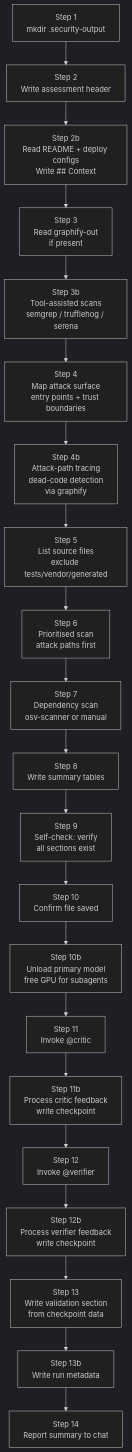
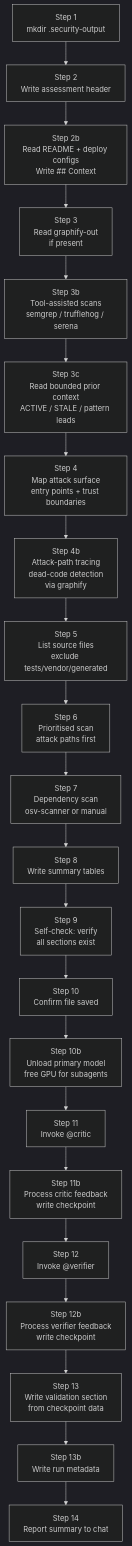
One commit to dominikmi/laser changed the fifth of 8 diagrams in README.md. Above: the diagram before and after it, drawn with Mermaid. The commit also changed other lines of this file, not shown here.

First line of the commit message:
Document persistent knowledge architecture (#6)

````diff
--- a/README.md
+++ b/README.md
@@ -367,24 +398,25 @@
 ```mermaid
 %%{init: {"theme": "dark"}}%%
 flowchart TD
     S1["Step 1<br/>mkdir .security-output"] --> S2["Step 2<br/>Write assessment header"]
     S2 --> S2b["Step 2b<br/>Read README + deploy configs<br/>Write ## Context"]
     S2b --> S3["Step 3<br/>Read graphify-out<br/>if present"]
     S3 --> S3b["Step 3b<br/>Tool-assisted scans<br/>semgrep / trufflehog / serena"]
-    S3b --> S4["Step 4<br/>Map attack surface<br/>entry points + trust boundaries"]
+    S3b --> S3c["Step 3c<br/>Read bounded prior context<br/>ACTIVE / STALE / pattern leads"]
+    S3c --> S4["Step 4<br/>Map attack surface<br/>entry points + trust boundaries"]
     S4 --> S4b["Step 4b<br/>Attack-path tracing<br/>dead-code detection<br/>via graphify"]
     S4b --> S5["Step 5<br/>List source files<br/>exclude tests/vendor/generated"]
     S5 --> S6["Step 6<br/>Prioritised scan<br/>attack paths first"]
     S6 --> S7["Step 7<br/>Dependency scan<br/>osv-scanner or manual"]
     S7 --> S8["Step 8<br/>Write summary tables"]
     S8 --> S9["Step 9<br/>Self-check: verify<br/>all sections exist"]
     S9 --> S10["Step 10<br/>Confirm file saved"]
     S10 --> S10b["Step 10b<br/>Unload primary model<br/>free GPU for subagents"]
     S10b --> S11["Step 11<br/>Invoke @critic"]
     S11 --> S11b["Step 11b<br/>Process critic feedback<br/>write checkpoint"]
     S11b --> S12["Step 12<br/>Invoke @verifier"]
     S12 --> S12b["Step 12b<br/>Process verifier feedback<br/>write checkpoint"]
     S12b --> S13["Step 13<br/>Write validation section<br/>from checkpoint data"]
     S13 --> S13b["Step 13b<br/>Write run metadata"]
     S13b --> S14["Step 14<br/>Report summary to chat"]
 ```
````
